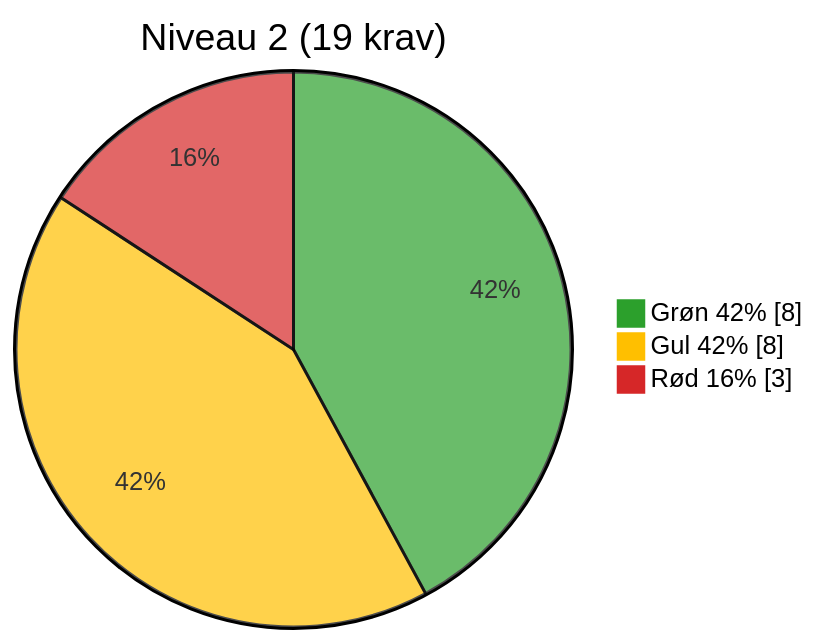
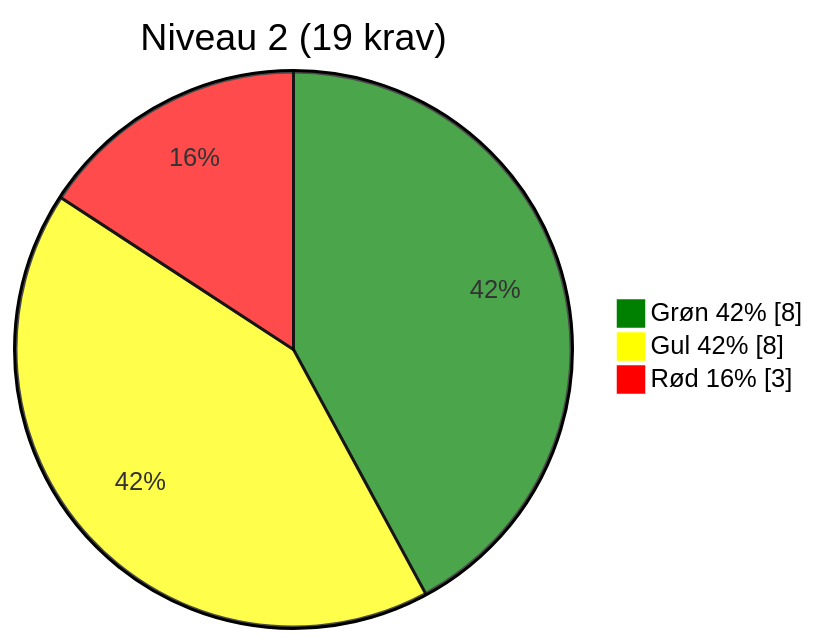
The third of 5 diagrams in 2025-09-audits/os2-skadesøkonomi_assessment_2025-09-01.md (OS2offdig/os2-product-audits), drawn with Mermaid before and after one commit. The commit also changed other lines of this file, not shown here.

Commit message:
Fixing color codes in pie chart to be real green, yellow and red

````diff
--- a/2025-09-audits/os2-skadesøkonomi_assessment_2025-09-01.md
+++ b/2025-09-audits/os2-skadesøkonomi_assessment_2025-09-01.md
@@ -144,10 +144,10 @@
 ```mermaid
   %%{init: {"themeVariables": {
-  "pie1": "#2ca02c", "pie2": "#ffbf00", "pie3": "#d62728"
+  "pie1": "#008000", "pie2": "#FFFF00", "pie3": "#FF0000"
 }}}%%
 pie showData
   title Niveau 2 (19 krav)
   "Grøn 42%" : 8
   "Gul 42%"  : 8
   "Rød 16%"  : 3
 ```
````
